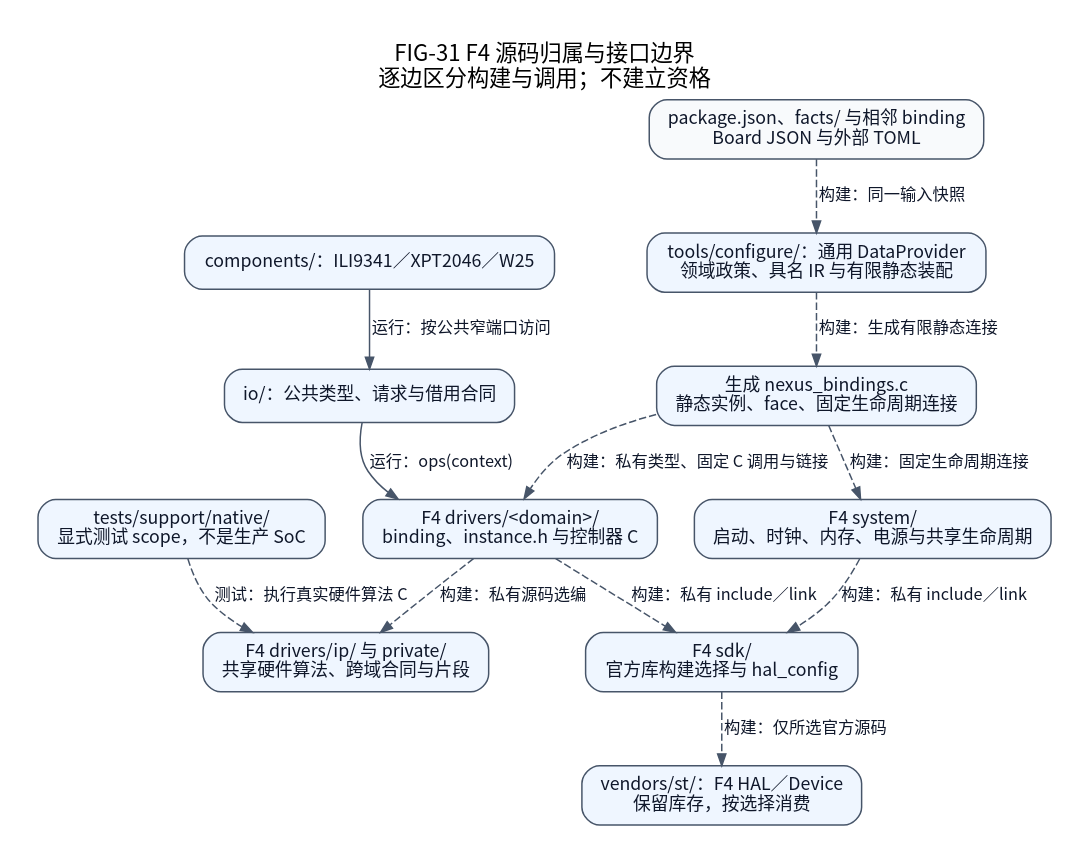
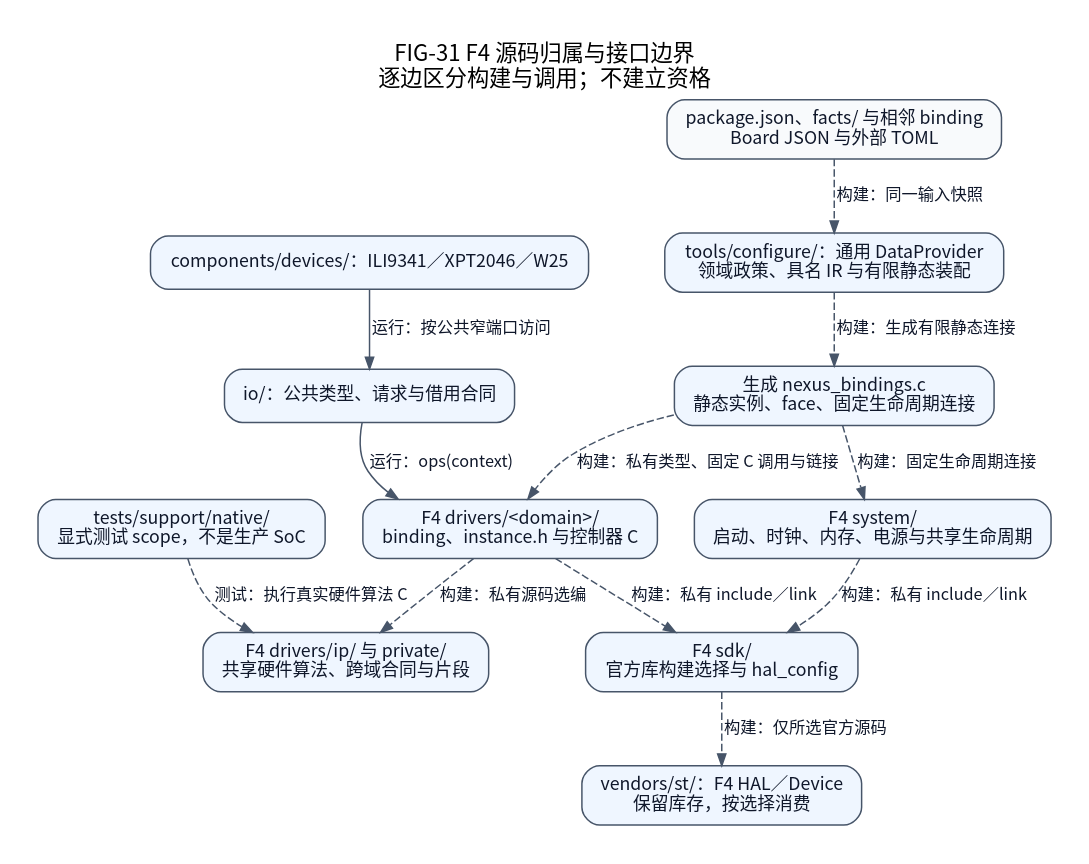
One commit to X-Gen-Lab/nexus changed the diagram in docs/assets/diagrams/localized/zh_CN/driver-source-ownership.dot. Above: the diagram before and after it, drawn with Graphviz. The commit also changed 327 other files, not shown here.

```diff
--- a/docs/assets/diagrams/localized/zh_CN/driver-source-ownership.dot
+++ b/docs/assets/diagrams/localized/zh_CN/driver-source-ownership.dot
@@ -1,29 +1,29 @@
 // Current scoped view. Build-time arrows and runtime calls are labeled explicitly.
 // Code basis: soc/stm32/stm32f4/CMakeLists.txt; tools/configure/data_provider.py; bindings.py; tests/support/native/CMakeLists.txt; io/include/nexus/io
 digraph F4SourceOwnership {
     graph [label="FIG-31 F4 源码归属与接口边界\n逐边区分构建与调用；不建立资格", rankdir=TB, bgcolor="white", pad=0.25, nodesep=0.35, ranksep=0.52, fontname="Noto Sans CJK SC", fontsize=15, labelloc=t];
     node [shape=box, style="rounded,filled", fillcolor="#eff6ff", color="#475569", fontcolor="#0f172a", fontname="Noto Sans CJK SC", fontsize=12, margin="0.16,0.10"];
     edge [color="#475569", fontcolor="#0f172a", fontname="Noto Sans CJK SC", fontsize=11, arrowsize=0.8];
     io [label="io/：公共类型、请求与借用合同"];
     f4 [label="F4 drivers/<domain>/\nbinding、instance.h 与控制器 C"];
     system [label="F4 system/\n启动、时钟、内存、电源与共享生命周期"];
     ip [label="F4 drivers/ip/ 与 private/\n共享硬件算法、跨域合同与片段"];
     sdk [label="F4 sdk/\n官方库构建选择与 hal_config"];
     vendor [label="vendors/st/：F4 HAL／Device\n保留库存，按选择消费"];
     host [label="tests/support/native/\n显式测试 scope，不是生产 SoC"];
-    components [label="components/：ILI9341／XPT2046／W25"];
+    components [label="components/devices/：ILI9341／XPT2046／W25"];
     facts [label="package.json、facts/ 与相邻 binding\nBoard JSON 与外部 TOML", fillcolor="#f8fafc"];
     config [label="tools/configure/：通用 DataProvider\n领域政策、具名 IR 与有限静态装配"];
     assembly [label="生成 nexus_bindings.c\n静态实例、face、固定生命周期连接"];
     components -> io [label="运行：按公共窄端口访问"];
     io -> f4 [label="运行：ops(context)"];
     f4 -> ip [label="构建：私有源码选编", style=dashed];
     f4 -> sdk [label="构建：私有 include／link", style=dashed];
     system -> sdk [label="构建：私有 include／link", style=dashed];
     sdk -> vendor [label="构建：仅所选官方源码", style=dashed];
     host -> ip [label="测试：执行真实硬件算法 C", style=dashed];
     facts -> config [label="构建：同一输入快照", style=dashed];
     config -> assembly [label="构建：生成有限静态连接", style=dashed];
     assembly -> f4 [label="构建：私有类型、固定 C 调用与链接", style=dashed];
     assembly -> system [label="构建：固定生命周期连接", style=dashed];
 }
```
